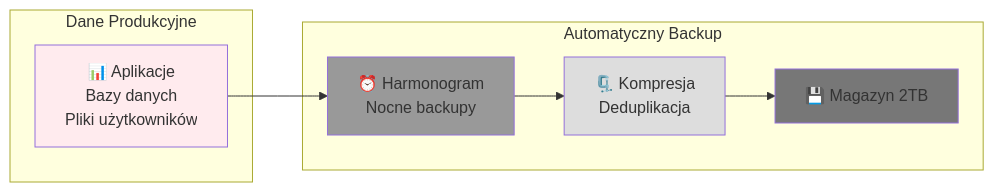
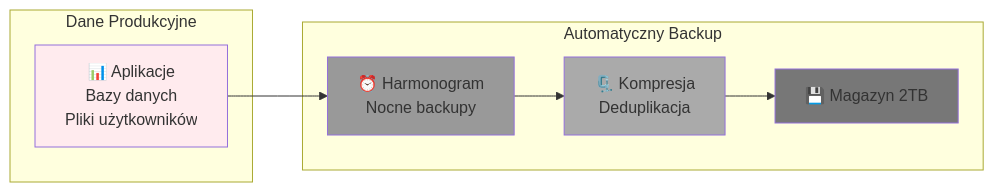
One commit to tom-sapletta-com/proxmox changed the fourth of 4 diagrams in README.md. Above: the diagram before and after it, drawn with Mermaid. The commit also changed other lines of this file, not shown here.

````diff
--- a/README.md
+++ b/README.md
@@ -264,21 +264,21 @@
 ```mermaid
 flowchart LR
     subgraph "Dane Produkcyjne"
         PROD[📊 Aplikacje<br/>Bazy danych<br/>Pliki użytkowników]
     end
     
     subgraph "Automatyczny Backup"
         SCHEDULE[⏰ Harmonogram<br/>Nocne backupy]
         COMPRESS[🗜️ Kompresja<br/>Deduplikacja]
         STORE[💾 Magazyn 2TB]
     end
     
     PROD --> SCHEDULE
     SCHEDULE --> COMPRESS
     COMPRESS --> STORE
     
     style PROD fill:#ffebee
     style SCHEDULE fill:#999999
-    style COMPRESS fill:#dddddd
+    style COMPRESS fill:#aaaaaa
     style STORE fill:#777777
 ```
````
